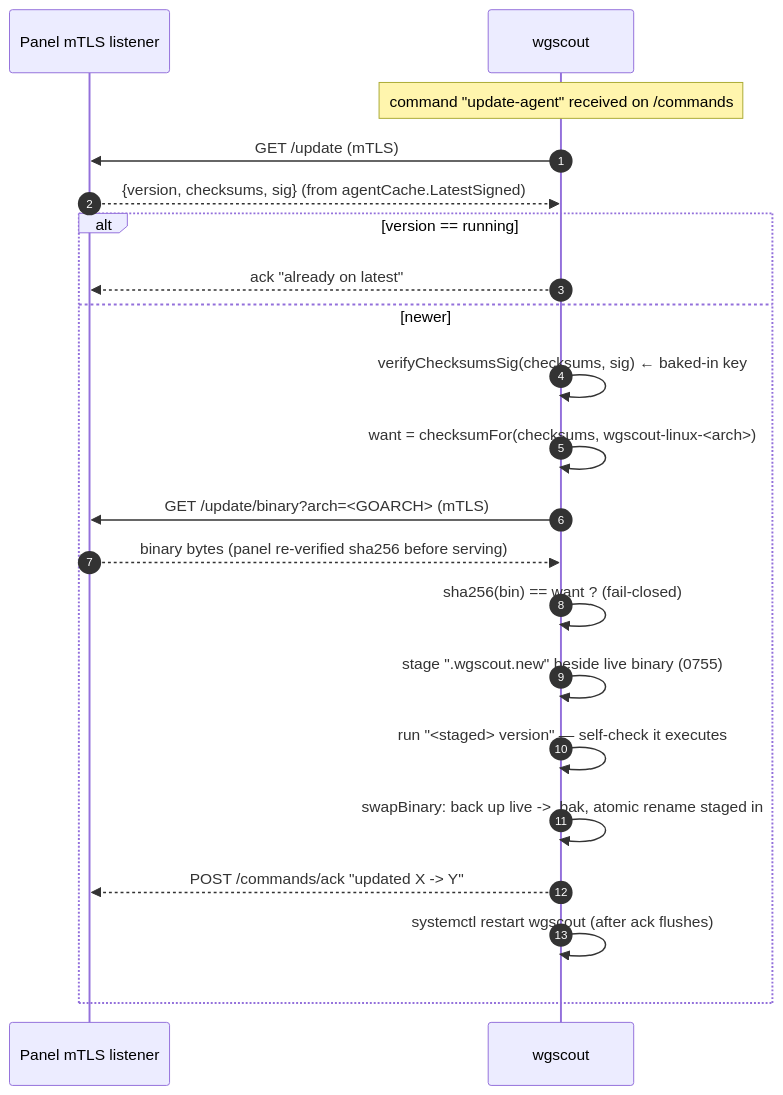
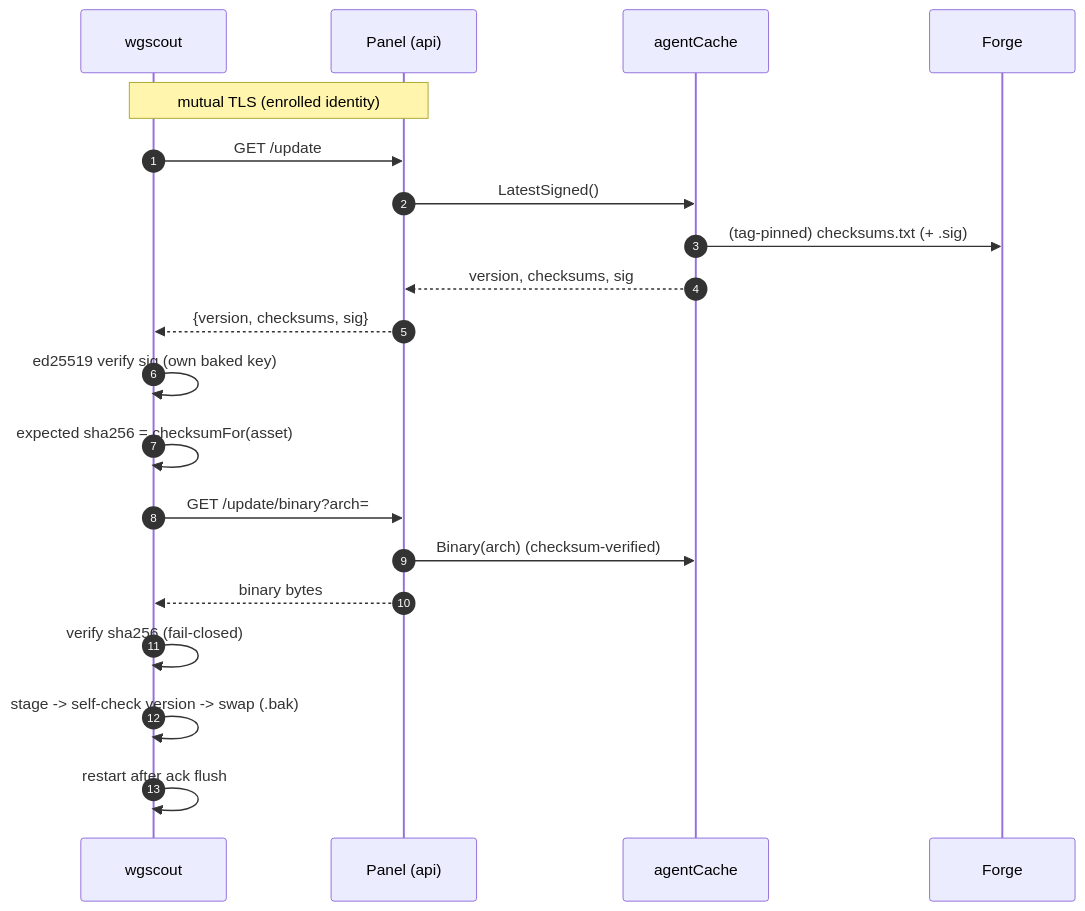
The fifth of 6 diagrams in docs/architecture.md (packalyst/wireguard-admin-panel), drawn with Mermaid before and after one commit. The commit also changed other lines of this file, not shown here.

First line of the commit message:
docs: refine architecture overview (reviewed for accuracy)

````diff
--- a/docs/architecture.md
+++ b/docs/architecture.md
@@ -237,23 +239,23 @@
 ```mermaid
 sequenceDiagram
     autonumber
-    participant Panel as Panel mTLS listener
     participant Agent as wgscout
-    Note over Agent: command "update-agent" received on /commands
-    Agent->>Panel: GET /update  (mTLS)
-    Panel-->>Agent: {version, checksums, sig}  (from agentCache.LatestSigned)
-    alt version == running
-        Agent-->>Panel: ack "already on latest"
-    else newer
-        Agent->>Agent: verifyChecksumsSig(checksums, sig)  ← baked-in key
-        Agent->>Agent: want = checksumFor(checksums, wgscout-linux-<arch>)
-        Agent->>Panel: GET /update/binary?arch=<GOARCH>  (mTLS)
-        Panel-->>Agent: binary bytes (panel re-verified sha256 before serving)
-        Agent->>Agent: sha256(bin) == want ?  (fail-closed)
-        Agent->>Agent: stage ".wgscout.new" beside live binary (0755)
-        Agent->>Agent: run "<staged> version" — self-check it executes
-        Agent->>Agent: swapBinary: back up live -> .bak, atomic rename staged in
-        Agent-->>Panel: POST /commands/ack "updated X -> Y"
-        Agent->>Agent: systemctl restart wgscout (after ack flushes)
-    end
+    participant Panel as Panel (api)
+    participant Cache as agentCache
+    participant Forge as Forge
+
+    Note over Agent,Panel: mutual TLS (enrolled identity)
+    Agent->>Panel: GET /update
+    Panel->>Cache: LatestSigned()
+    Cache->>Forge: (tag-pinned) checksums.txt (+ .sig)
+    Cache-->>Panel: version, checksums, sig
+    Panel-->>Agent: {version, checksums, sig}
+    Agent->>Agent: ed25519 verify sig (own baked key)
+    Agent->>Agent: expected sha256 = checksumFor(asset)
+    Agent->>Panel: GET /update/binary?arch=
+    Panel->>Cache: Binary(arch) (checksum-verified)
+    Panel-->>Agent: binary bytes
+    Agent->>Agent: verify sha256 (fail-closed)
+    Agent->>Agent: stage -> self-check version -> swap (.bak) 
+    Agent->>Agent: restart after ack flush
 ```
````
